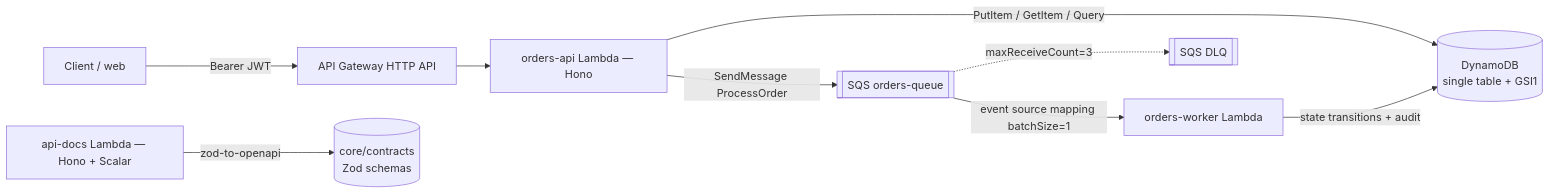
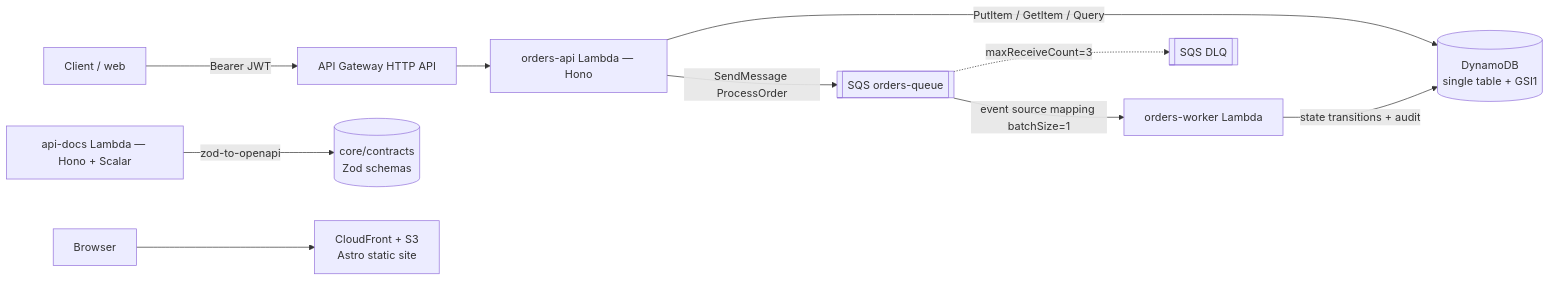
The first of 3 diagrams in README.md (marcoshuaranga/tcs-challenge-for-backend), drawn with Mermaid before and after one commit. The commit also changed other lines of this file and 23 other files, not shown here.

````diff
--- a/README.md
+++ b/README.md
@@ -31,11 +39,12 @@
 ```mermaid
 flowchart LR
   Client[Client / web] -->|Bearer JWT| APIGW[API Gateway HTTP API]
   APIGW --> ApiLambda[orders-api Lambda — Hono]
   ApiLambda -->|PutItem / GetItem / Query| DDB[(DynamoDB\nsingle table + GSI1)]
   ApiLambda -->|SendMessage ProcessOrder| SQS[[SQS orders-queue]]
   SQS -->|event source mapping batchSize=1| WorkerLambda[orders-worker Lambda]
   WorkerLambda -->|state transitions + audit| DDB
   SQS -. maxReceiveCount=3 .-> DLQ[[SQS DLQ]]
   DocsLambda[api-docs Lambda — Hono + Scalar] -->|zod-to-openapi| Contracts[(core/contracts\nZod schemas)]
+  WebBrowser[Browser] --> CF[CloudFront + S3\nAstro static site]
 ```
````
